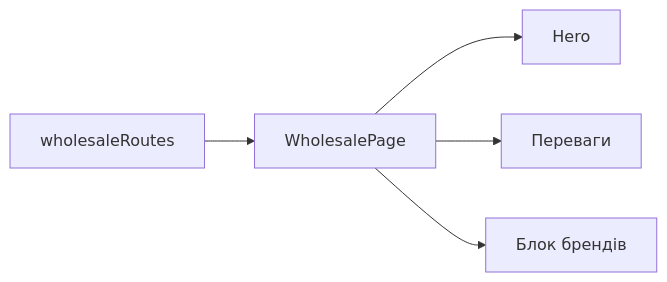
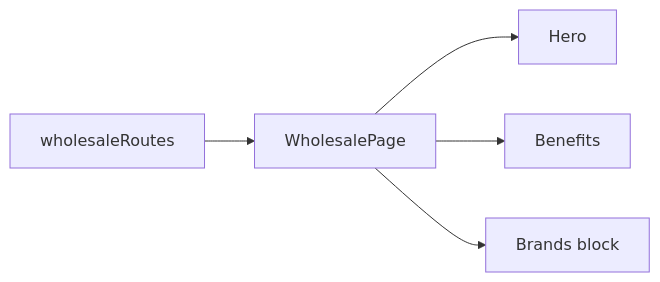
One commit to Weretik/kedr-web changed the diagram in docs/features/storefront/content/wholesale.md. Above: the diagram before and after it, drawn with Mermaid. The commit also changed other lines of this file and 95 other files, not shown here.

Commit message:
docs(frontend): reconcile architecture and feature guidance

````diff
--- a/docs/features/storefront/content/wholesale.md
+++ b/docs/features/storefront/content/wholesale.md
@@ -10,7 +10,7 @@
 ```mermaid
 flowchart LR
 Route["wholesaleRoutes"] --> Page["WholesalePage"]
 Page --> Hero["Hero"]
-Page --> Benefits["Переваги"]
-Page --> Brands["Блок брендів"]
+Page --> Benefits["Benefits"]
+Page --> Brands["Brands block"]
 ```
````
